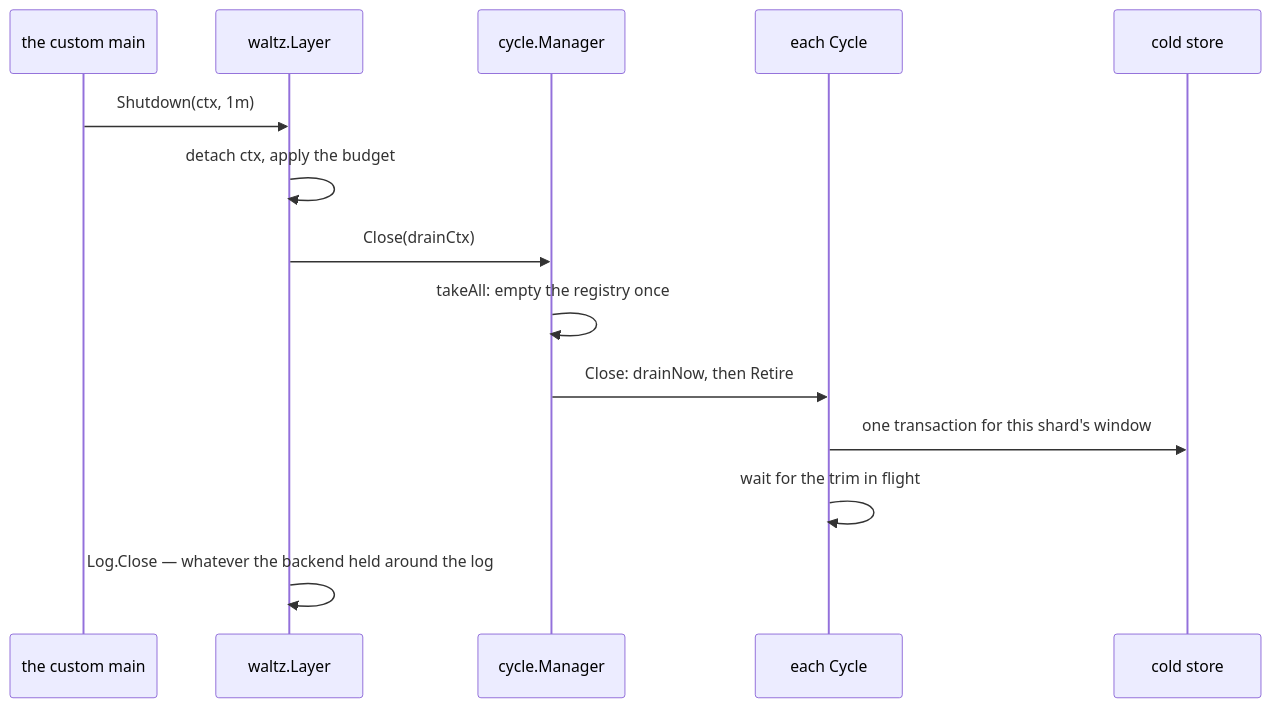
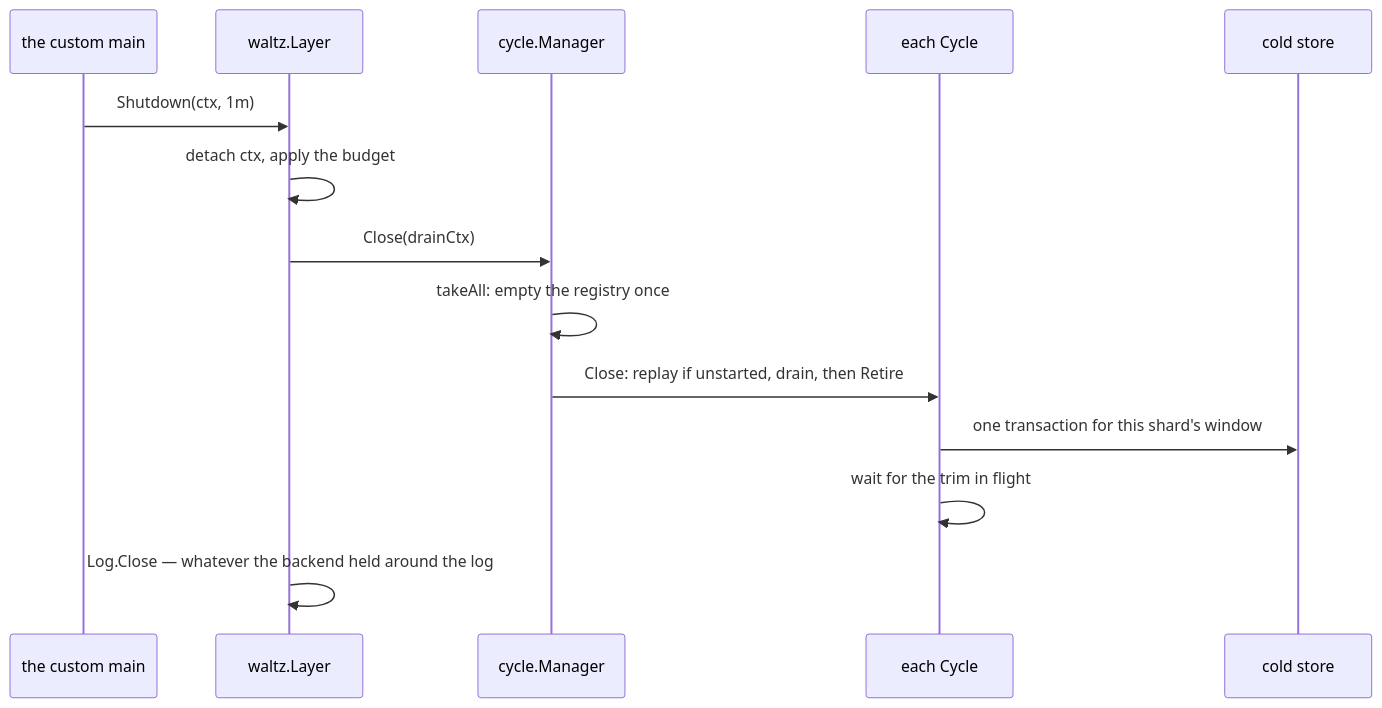
One commit to aromanovich/waltz changed the fifth of 5 diagrams in docs/handbook/06-shard-lifecycle.md. Above: the diagram before and after it, drawn with Mermaid. The commit also changed other lines of this file and 42 other files, not shown here.

````diff
--- a/docs/handbook/06-shard-lifecycle.md
+++ b/docs/handbook/06-shard-lifecycle.md
@@ -496,16 +502,16 @@
 ```mermaid
 sequenceDiagram
     participant Main as the custom main
     participant L as waltz.Layer
     participant MG as cycle.Manager
     participant CY as each Cycle
     participant CS as cold store
     Main->>L: Shutdown(ctx, 1m)
     L->>L: detach ctx, apply the budget
     L->>MG: Close(drainCtx)
     MG->>MG: takeAll: empty the registry once
-    MG->>CY: Close: drainNow, then Retire
+    MG->>CY: Close: replay if unstarted, drain, then Retire
     CY->>CS: one transaction for this shard's window
     CY->>CY: wait for the trim in flight
     L->>L: Log.Close — whatever the backend held around the log
 ```
````
